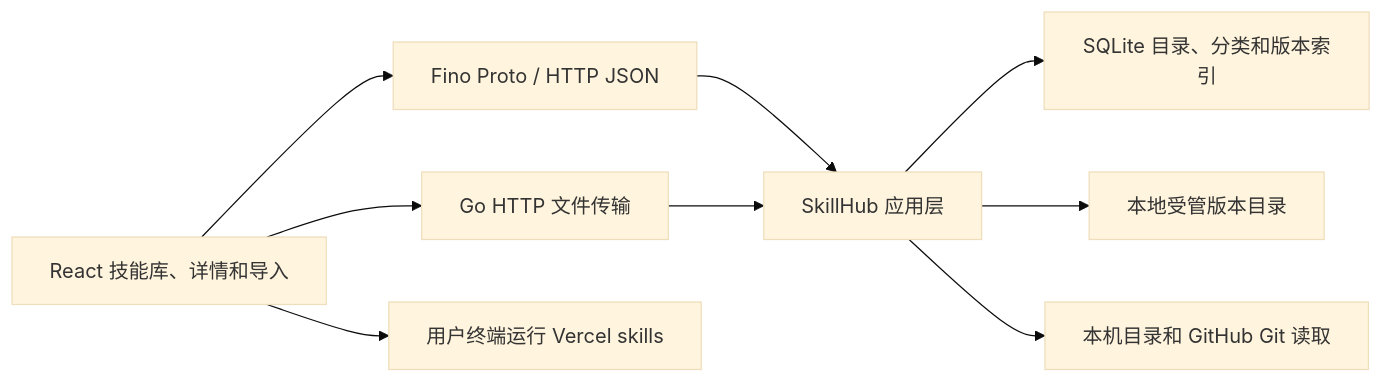
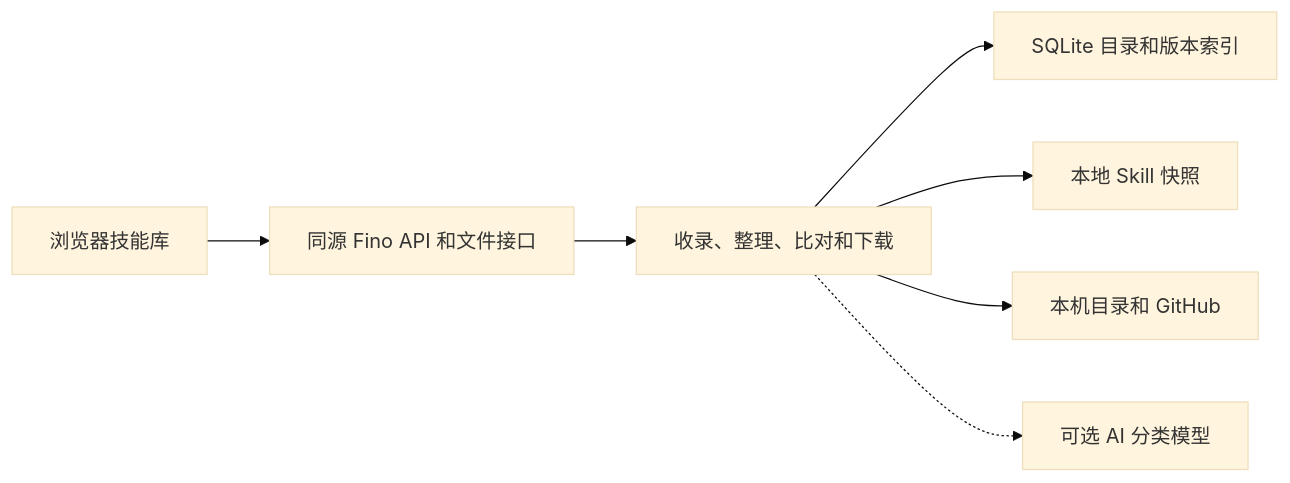
The diagram in docs/SKILLHUB_ARCHITECTURE.md (fino-apps/skillhub), drawn with Mermaid (base theme) before and after one commit. The commit also changed other lines of this file, not shown here.

````diff
--- a/docs/SKILLHUB_ARCHITECTURE.md
+++ b/docs/SKILLHUB_ARCHITECTURE.md
@@ -56,11 +47,9 @@
 ```mermaid
 flowchart LR
-    UI["React 技能库、详情和导入"] --> RPC["Fino Proto / HTTP JSON"]
-    UI --> HTTP["Go HTTP 文件传输"]
-    RPC --> APP["SkillHub 应用层"]
-    HTTP --> APP
-    APP --> DB["SQLite 目录、分类和版本索引"]
-    APP --> STORE["本地受管版本目录"]
-    APP --> GIT["本机目录和 GitHub Git 读取"]
-    UI --> CLI["用户终端运行 Vercel skills"]
+    UI["浏览器技能库"] --> API["同源 Fino API 和文件接口"]
+    API --> APP["收录、整理、比对和下载"]
+    APP --> DB["SQLite 目录和版本索引"]
+    APP --> FS["本地 Skill 快照"]
+    APP --> GIT["本机目录和 GitHub"]
+    APP -.-> AI["可选 AI 分类模型"]
 ```
````
